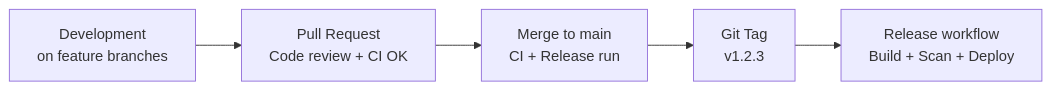
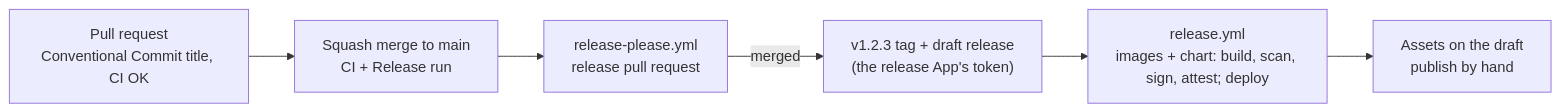
The first of 2 diagrams in wiki/releasing.md (berserkhmdvhb/fullstack_template), drawn with Mermaid before and after one commit. The commit also changed other lines of this file and 8 other files, not shown here.

First line of the commit message:
feat(release): cut releases with release-please and the release App's token

````diff
--- a/wiki/releasing.md
+++ b/wiki/releasing.md
@@ -23,7 +23,8 @@
 ```mermaid
 flowchart LR
-    Dev["Development<br/>on feature branches"] --> PR["Pull Request<br/>Code review + CI OK"]
-    PR --> Main["Merge to main<br/>CI + Release run"]
-    Main --> Tag["Git Tag<br/>v1.2.3"]
-    Tag --> Release["Release workflow<br/>Build + Scan + Deploy"]
+    PR["Pull request<br/>Conventional Commit title, CI OK"] --> Main["Squash merge to main<br/>CI + Release run"]
+    Main --> RP["release-please.yml<br/>release pull request"]
+    RP -- "merged" --> Tag["v1.2.3 tag + draft release<br/>(the release App's token)"]
+    Tag --> Release["release.yml<br/>images + chart: build, scan, sign, attest; deploy"]
+    Release --> Assets["Assets on the draft<br/>publish by hand"]
 ```
````
